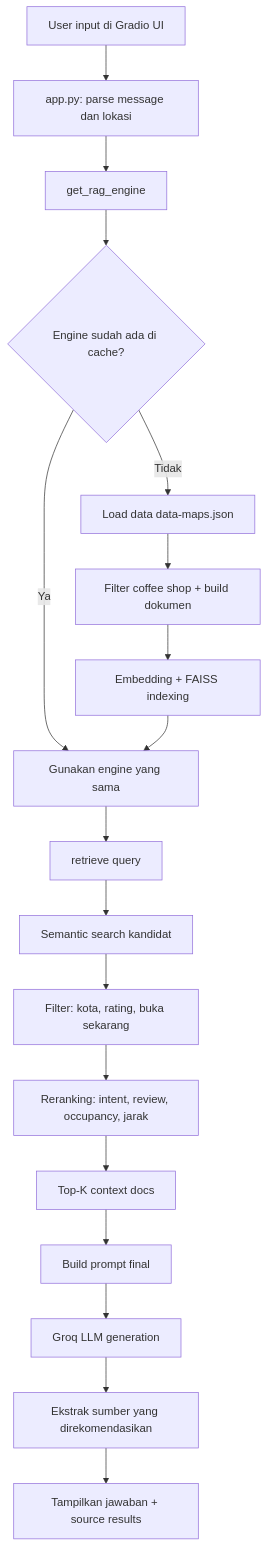
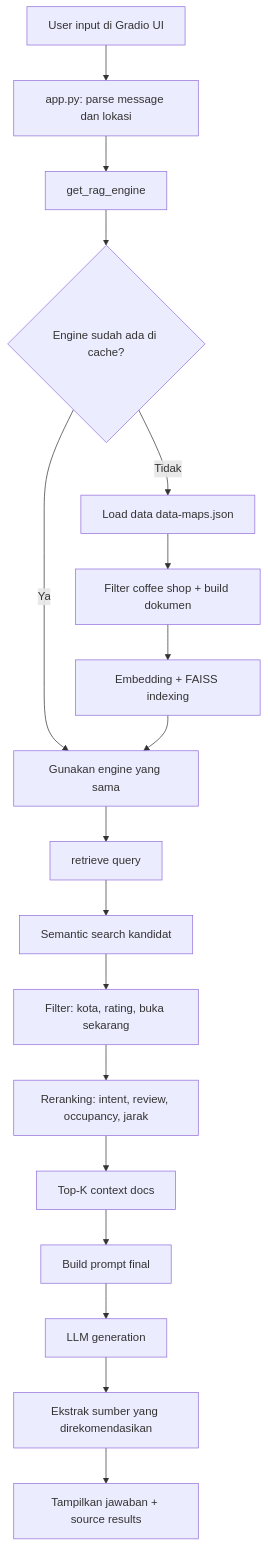
One commit to Happy-Syahrul-Ramadhan/Simple-RAG-Based-Coffee-Shop-Recommendation changed the diagram in README.md. Above: the diagram before and after it, drawn with Mermaid. The commit also changed other lines of this file and 1 other file, not shown here.

````diff
--- a/README.md
+++ b/README.md
@@ -43,22 +32,22 @@
 ```mermaid
 flowchart TD
 	A[User input di Gradio UI] --> B[app.py: parse message dan lokasi]
 	B --> C[get_rag_engine]
 	C --> D{Engine sudah ada di cache?}
 	D -- Ya --> H[Gunakan engine yang sama]
 	D -- Tidak --> E[Load data data-maps.json]
 	E --> F[Filter coffee shop + build dokumen]
 	F --> G[Embedding + FAISS indexing]
 	G --> H
 
 	H --> I[retrieve query]
 	I --> J[Semantic search kandidat]
 	J --> K[Filter: kota, rating, buka sekarang]
 	K --> L[Reranking: intent, review, occupancy, jarak]
 	L --> M[Top-K context docs]
 
 	M --> N[Build prompt final]
-	N --> O[Groq LLM generation]
+	N --> O[LLM generation]
 	O --> P[Ekstrak sumber yang direkomendasikan]
 	P --> Q[Tampilkan jawaban + source results]
 ```
````
